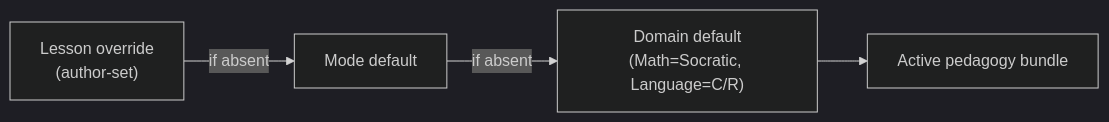
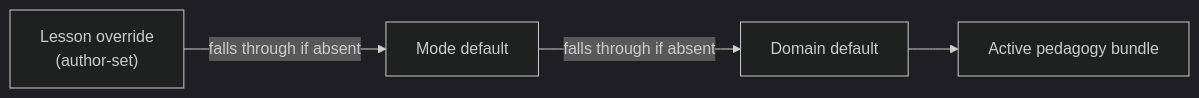
Before and after one commit to stemolly/wiki: the first of 3 diagrams in src/content/docs/pedagogy/teaching.md, drawn with Mermaid (dark theme). The commit also changed other lines of this file and 57 other files, not shown here.

````diff
--- a/src/content/docs/pedagogy/teaching.md
+++ b/src/content/docs/pedagogy/teaching.md
@@ -17,6 +27,6 @@
 ```mermaid
 flowchart LR
-    A["Lesson override<br/>(author-set)"] -->|"if absent"| B["Mode default"]
-    B -->|"if absent"| C["Domain default<br/>(Math=Socratic, Language=C/R)"]
+    A["Lesson override\n(author-set)"] -->|"falls through if absent"| B["Mode default"]
+    B -->|"falls through if absent"| C["Domain default"]
     C --> D["Active pedagogy bundle"]
 ```
````
